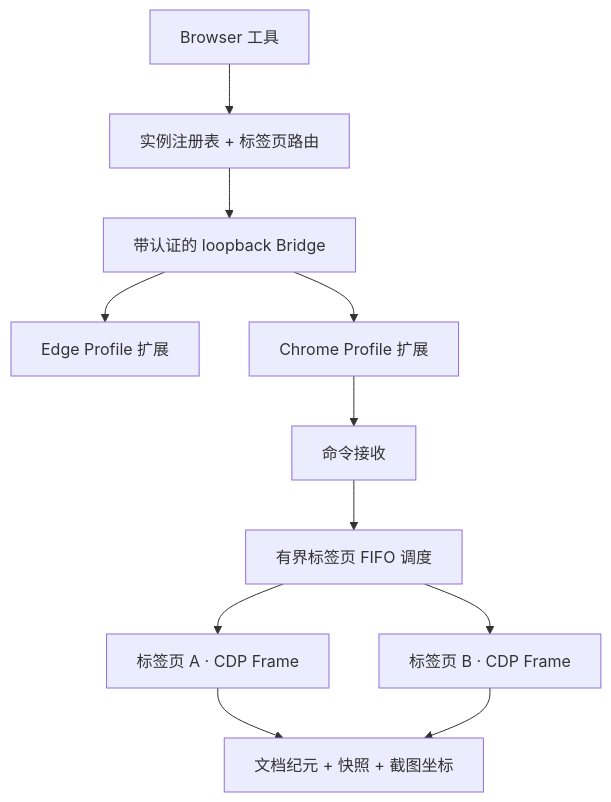
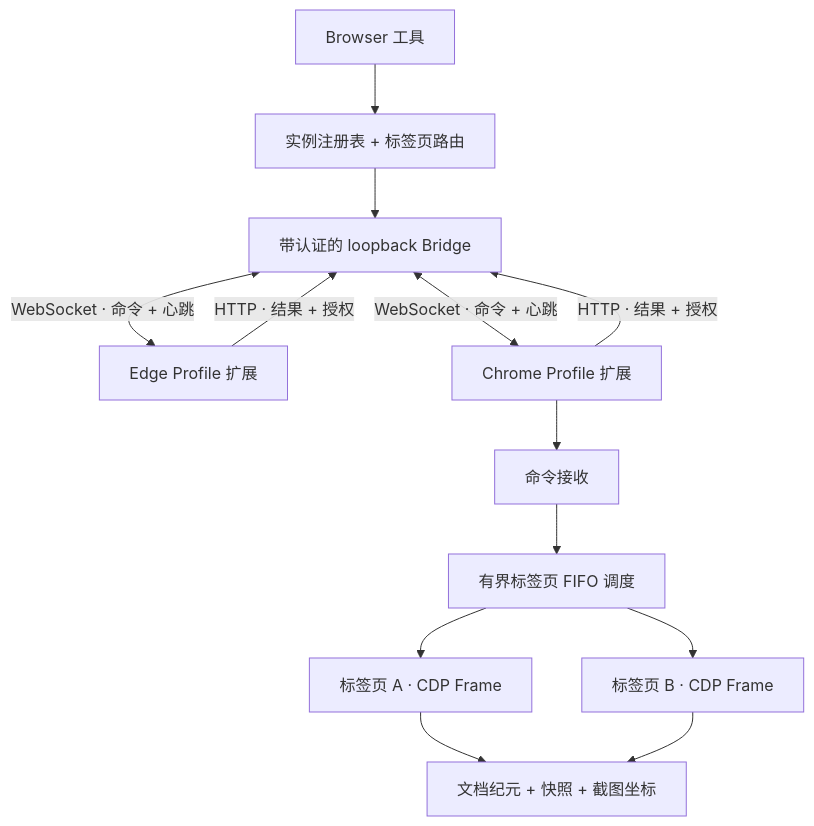
The seventh of 7 diagrams in README.zh-CN.md (hicancan/local-runtime-mcp), drawn with Mermaid before and after one commit. The commit also changed other lines of this file and 32 other files, not shown here.

````diff
--- a/README.zh-CN.md
+++ b/README.zh-CN.md
@@ -238,13 +240,15 @@
 ```mermaid
 flowchart TB
     Tools[Browser 工具] --> Registry[实例注册表 + 标签页路由]
     Registry --> Bridge[带认证的 loopback Bridge]
-    Bridge --> Edge[Edge Profile 扩展]
-    Bridge --> Chrome[Chrome Profile 扩展]
+    Bridge <-->|WebSocket · 命令 + 心跳| Edge[Edge Profile 扩展]
+    Bridge <-->|WebSocket · 命令 + 心跳| Chrome[Chrome Profile 扩展]
+    Edge -->|HTTP · 结果 + 授权| Bridge
+    Chrome -->|HTTP · 结果 + 授权| Bridge
     Chrome --> Intake[命令接收]
     Intake --> Queue[有界标签页 FIFO 调度]
     Queue --> TabA[标签页 A · CDP Frame]
     Queue --> TabB[标签页 B · CDP Frame]
     TabA --> Observation[文档纪元 + 快照 + 截图坐标]
     TabB --> Observation
 ```
````
